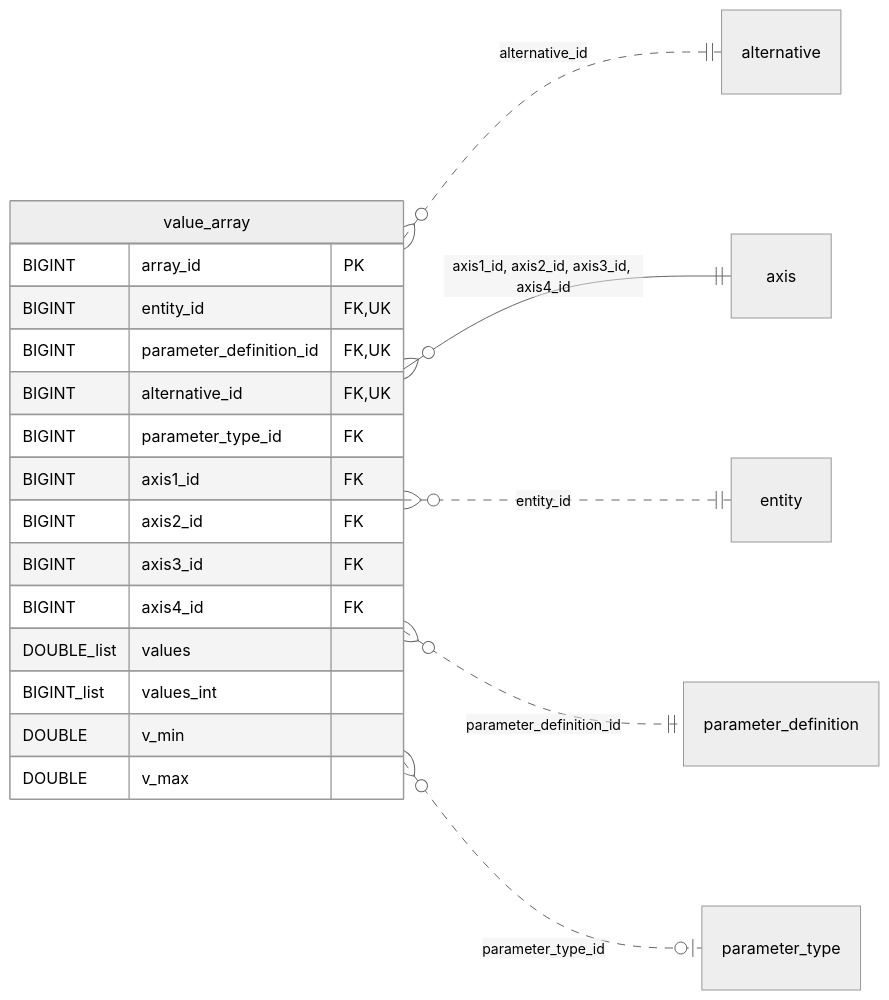
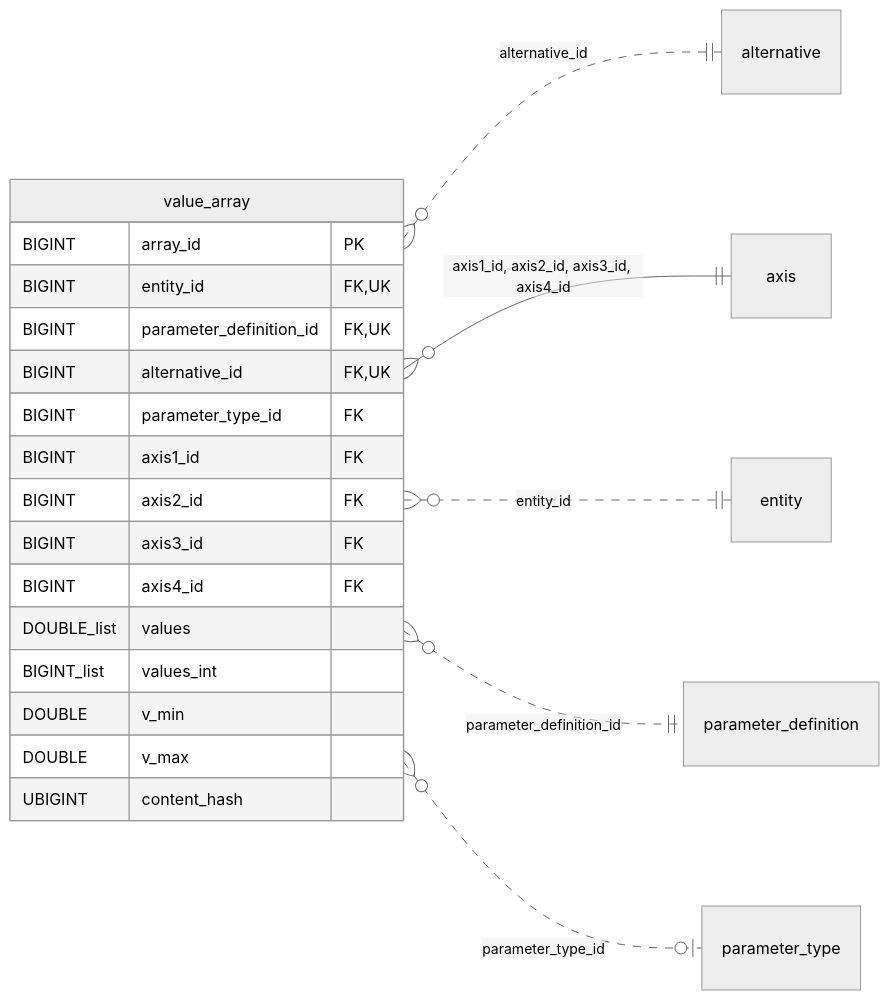
The sixth of 15 diagrams in docs/_generated/schema_diagrams.md (nodal-tools/nodal-db), drawn with Mermaid (neutral theme) before and after one commit. The commit also changed other lines of this file and 25 other files, not shown here.

````diff
--- a/docs/_generated/schema_diagrams.md
+++ b/docs/_generated/schema_diagrams.md
@@ -538,24 +538,25 @@
 ```mermaid
 erDiagram
     direction LR
     value_array {
         BIGINT array_id PK
         BIGINT entity_id FK,UK
         BIGINT parameter_definition_id FK,UK
         BIGINT alternative_id FK,UK
         BIGINT parameter_type_id FK
         BIGINT axis1_id FK
         BIGINT axis2_id FK
         BIGINT axis3_id FK
         BIGINT axis4_id FK
         DOUBLE_list values
         BIGINT_list values_int
         DOUBLE v_min
         DOUBLE v_max
+        UBIGINT content_hash
     }
     value_array }o..|| alternative : "alternative_id"
     value_array }o--|| axis : "axis1_id, axis2_id, axis3_id, axis4_id"
     value_array }o..|| entity : "entity_id"
     value_array }o..|| parameter_definition : "parameter_definition_id"
     value_array }o..o| parameter_type : "parameter_type_id"
 ```
````
